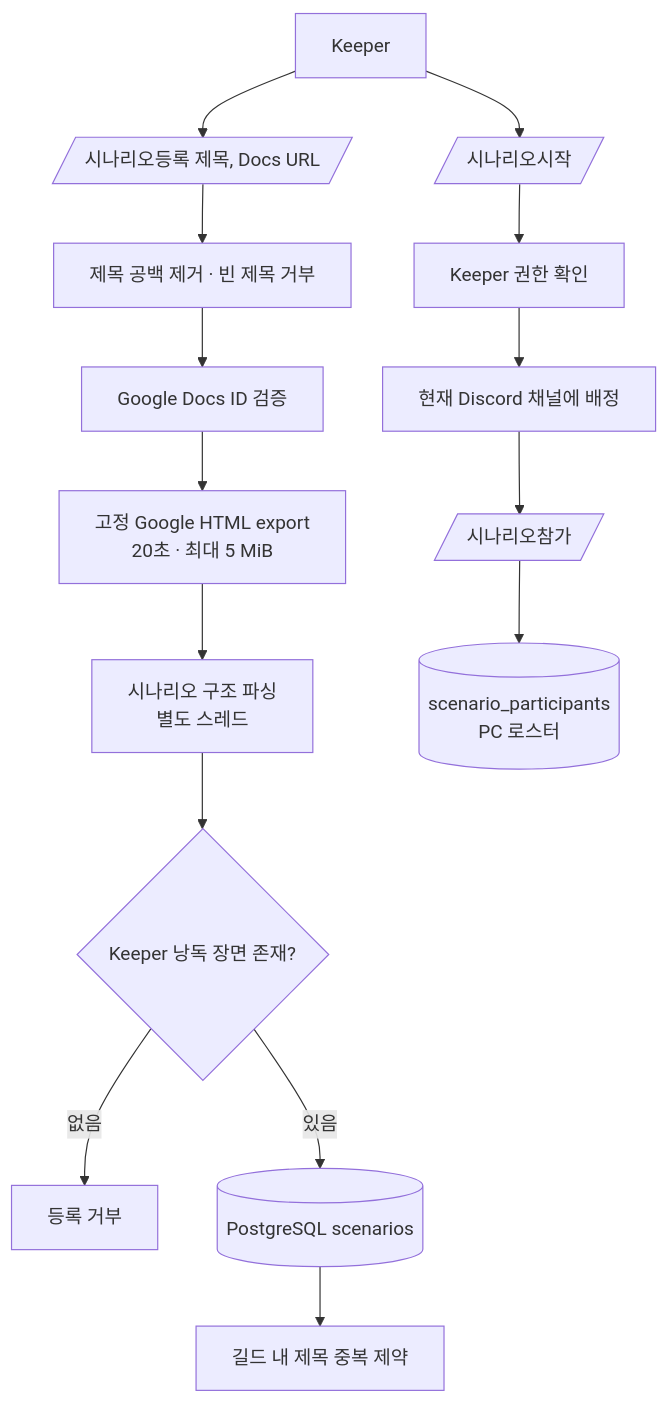
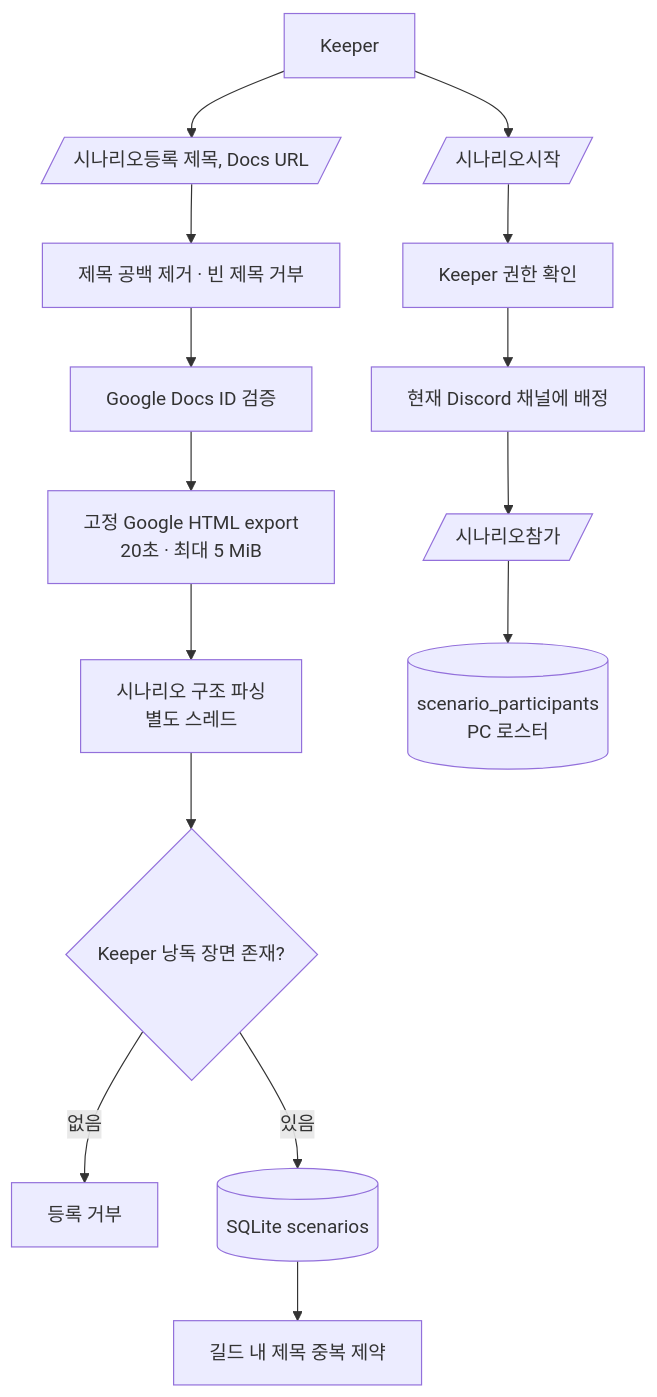
Before and after one commit to options0179/CoC-bot: the third of 4 diagrams in docs/architecture/domain-workflows-and-scope.md, drawn with Mermaid. The commit also changed other lines of this file and 14 other files, not shown here.

````diff
--- a/docs/architecture/domain-workflows-and-scope.md
+++ b/docs/architecture/domain-workflows-and-scope.md
@@ -56,17 +56,17 @@
 ```mermaid
 flowchart TD
     Keeper[Keeper] --> Cmd[/시나리오등록 제목, Docs URL/]
     Cmd --> Title[제목 공백 제거 · 빈 제목 거부]
     Title --> ID[Google Docs ID 검증]
     ID --> Fetch[고정 Google HTML export<br/>20초 · 최대 5 MiB]
     Fetch --> Parse[시나리오 구조 파싱<br/>별도 스레드]
     Parse --> Structure{Keeper 낭독 장면 존재?}
     Structure -->|없음| Error[등록 거부]
-    Structure -->|있음| Insert[(PostgreSQL scenarios)]
+    Structure -->|있음| Insert[(SQLite scenarios)]
     Insert --> Unique[길드 내 제목 중복 제약]
     Keeper --> Start[/시나리오시작/]
     Start --> Owner[Keeper 권한 확인]
     Owner --> Bind[현재 Discord 채널에 배정]
     Bind --> Join[/시나리오참가/]
     Join --> Roster[(scenario_participants<br/>PC 로스터)]
 ```
````
